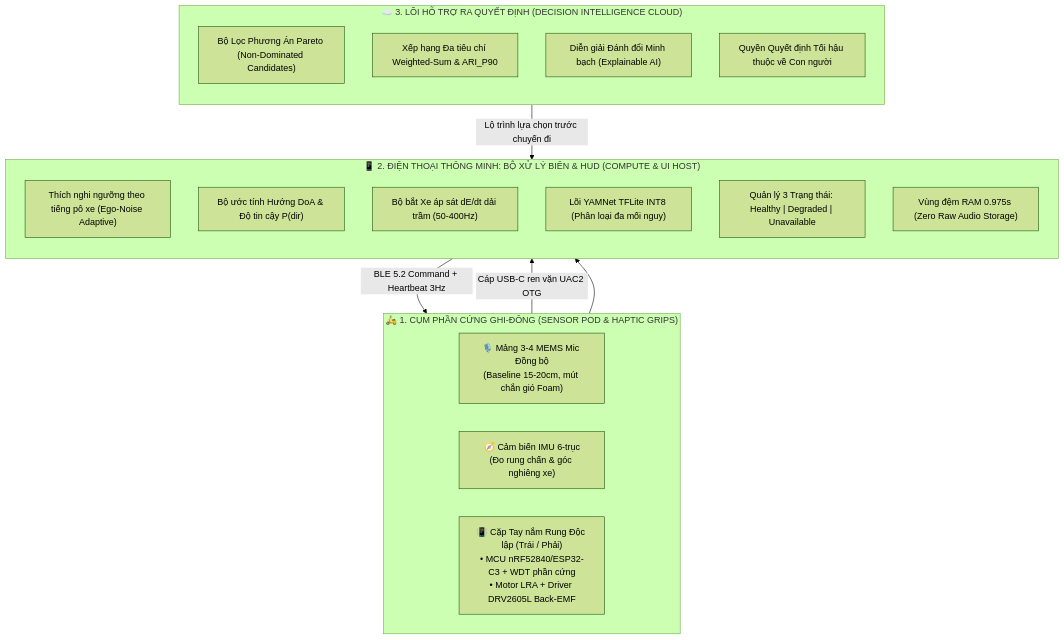
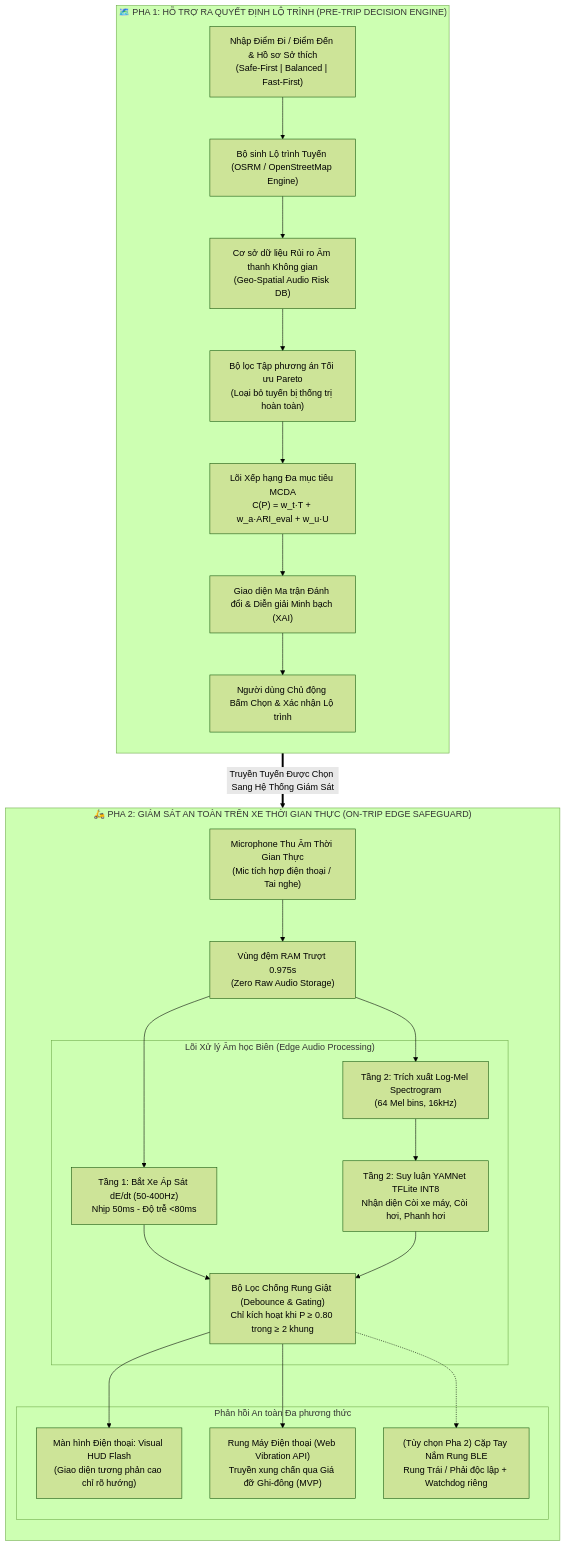
Before and after one commit to linh-nguyen123/UrbanVibe-MLAI2026: the diagram in README.md, drawn with Mermaid (forest theme). The commit also changed other lines of this file, not shown here.

Commit message:
docs(readme): professionalize README with rigorous metrics, mathematical MCDA formulations, latency benchmarks, and architectural clarity

````diff
--- a/README.md
+++ b/README.md
@@ -114,32 +172,51 @@
 ```mermaid
 flowchart TB
-    subgraph Tier1["🛵 1. CỤM PHẦN CỨNG GHI-ĐÔNG (SENSOR POD & HAPTIC GRIPS)"]
-        direction LR
-        MIC_ARRAY["🎙️ Mảng 3-4 MEMS Mic Đồng bộ<br/>(Baseline 15-20cm, mút chắn gió Foam)"]
-        IMU_SENSOR["🧭 Cảm biến IMU 6-trục<br/>(Đo rung chấn & góc nghiêng xe)"]
-        HAPTIC_POD["📳 Cặp Tay nắm Rung Độc lập (Trái / Phải)<br/>• MCU nRF52840/ESP32-C3 + WDT phần cứng<br/>• Motor LRA + Driver DRV2605L Back-EMF"]
+    subgraph S1["🗺️ PHA 1: HỖ TRỢ RA QUYẾT ĐỊNH LỘ TRÌNH (PRE-TRIP DECISION ENGINE)"]
+        direction TB
+        INPUT_OD["Nhập Điểm Đi / Điểm Đến & Hồ sơ Sở thích<br/>(Safe-First | Balanced | Fast-First)"]
+        ROUTING_API["Bộ sinh Lộ trình Tuyến (OSRM / OpenStreetMap Engine)"]
+        ARI_LOOKUP["Cơ sở dữ liệu Rủi ro Âm thanh Không gian<br/>(Geo-Spatial Audio Risk DB)"]
+        PARETO_ENGINE["Bộ lọc Tập phương án Tối ưu Pareto<br/>(Loại bỏ tuyến bị thống trị hoàn toàn)"]
+        MCDA_ENGINE["Lõi Xếp hạng Đa mục tiêu MCDA<br/>C(P) = w_t·T + w_a·ARI_eval + w_u·U"]
+        XAI_PANEL["Giao diện Ma trận Đánh đổi & Diễn giải Minh bạch (XAI)"]
+        CONFIRM_ROUTE["Người dùng Chủ động Bấm Chọn & Xác nhận Lộ trình"]
+
+        INPUT_OD --> ROUTING_API
+        ROUTING_API --> ARI_LOOKUP
+        ARI_LOOKUP --> PARETO_ENGINE
+        PARETO_ENGINE --> MCDA_ENGINE
+        MCDA_ENGINE --> XAI_PANEL
+        XAI_PANEL --> CONFIRM_ROUTE
     end
 
-    subgraph Tier2["📱 2. ĐIỆN THOẠI THÔNG MINH: BỘ XỬ LÝ BIÊN & HUD (COMPUTE & UI HOST)"]
+    subgraph S2["🛵 PHA 2: GIÁM SÁT AN TOÀN TRÊN XE THỜI GIAN THỰC (ON-TRIP EDGE SAFEGUARD)"]
         direction TB
-        EGO_FILTER["Thích nghi ngưỡng theo tiếng pô xe (Ego-Noise Adaptive)"]
-        DOA_ENGINE["Bộ ước tính Hướng DoA & Độ tin cậy P(dir)"]
-        LOOM_ENGINE["Bộ bắt Xe áp sát dE/dt dải trầm (50-400Hz)"]
-        YAM["Lõi YAMNet TFLite INT8 (Phân loại đa mối nguy)"]
-        STATE_MGR["Quản lý 3 Trạng thái: Healthy | Degraded | Unavailable"]
-        RAM_BUF["Vùng đệm RAM 0.975s (Zero Raw Audio Storage)"]
+        MIC_INPUT["Microphone Thu Âm Thời Gian Thực<br/>(Mic tích hợp điện thoại / Tai nghe)"]
+        RAM_RING["Vùng đệm RAM Trượt 0.975s<br/>(Zero Raw Audio Storage)"]
+        
+        subgraph AI_PIPELINE["Lõi Xử lý Âm học Biên (Edge Audio Processing)"]
+            LOOM["Tầng 1: Bắt Xe Áp Sát dE/dt (50-400Hz)<br/>Nhịp 50ms - Độ trễ <80ms"]
+            DSP_SPEC["Tầng 2: Trích xuất Log-Mel Spectrogram<br/>(64 Mel bins, 16kHz)"]
+            YAMNET["Tầng 2: Suy luận YAMNet TFLite INT8<br/>Nhận diện Còi xe máy, Còi hơi, Phanh hơi"]
+            DEBOUNCE["Bộ Lọc Chống Rung Giật (Debounce & Gating)<br/>Chỉ kích hoạt khi P ≥ 0.80 trong ≥ 2 khung"]
+        end
+
+        subgraph OUTPUT_TIER["Phản hồi An toàn Đa phương thức"]
+            VISUAL_HUD["Màn hình Điện thoại: Visual HUD Flash<br/>(Giao diện tương phản cao chỉ rõ hướng)"]
+            PHONE_VIB["Rung Máy Điện thoại (Web Vibration API)<br/>Truyền xung chấn qua Giá đỡ Ghi-đông (MVP)"]
+            BLE_GRIP["(Tùy chọn Pha 2) Cặp Tay Nắm Rung BLE<br/>Rung Trái / Phải độc lập + Watchdog riêng"]
+        end
+
+        MIC_INPUT --> RAM_RING
+        RAM_RING --> LOOM
+        RAM_RING --> DSP_SPEC
+        DSP_SPEC --> YAMNET
+        LOOM --> DEBOUNCE
+        YAMNET --> DEBOUNCE
+        DEBOUNCE --> VISUAL_HUD
+        DEBOUNCE --> PHONE_VIB
+        DEBOUNCE -.-> BLE_GRIP
     end
 
-    subgraph Tier3["☁️ 3. LÕI HỖ TRỢ RA QUYẾT ĐỊNH (DECISION INTELLIGENCE CLOUD)"]
-        direction TB
-        PARETO["Bộ Lọc Phương Án Pareto (Non-Dominated Candidates)"]
-        MCDA["Xếp hạng Đa tiêu chí Weighted-Sum & ARI_P90"]
-        XAI["Diễn giải Đánh đổi Minh bạch (Explainable AI)"]
-        HUMAN["Quyền Quyết định Tối hậu thuộc về Con người"]
-    end
-
-    MIC_ARRAY -->|Cáp USB-C ren vặn UAC2 OTG| Tier2
-    IMU_SENSOR --> Tier2
-    Tier2 -->|BLE 5.2 Command + Heartbeat 3Hz| HAPTIC_POD
-    Tier3 -->|Lộ trình lựa chọn trước chuyến đi| Tier2
+    CONFIRM_ROUTE ==>|Truyền Tuyến Được Chọn Sang Hệ Thống Giám Sát| S2
 ```
````
